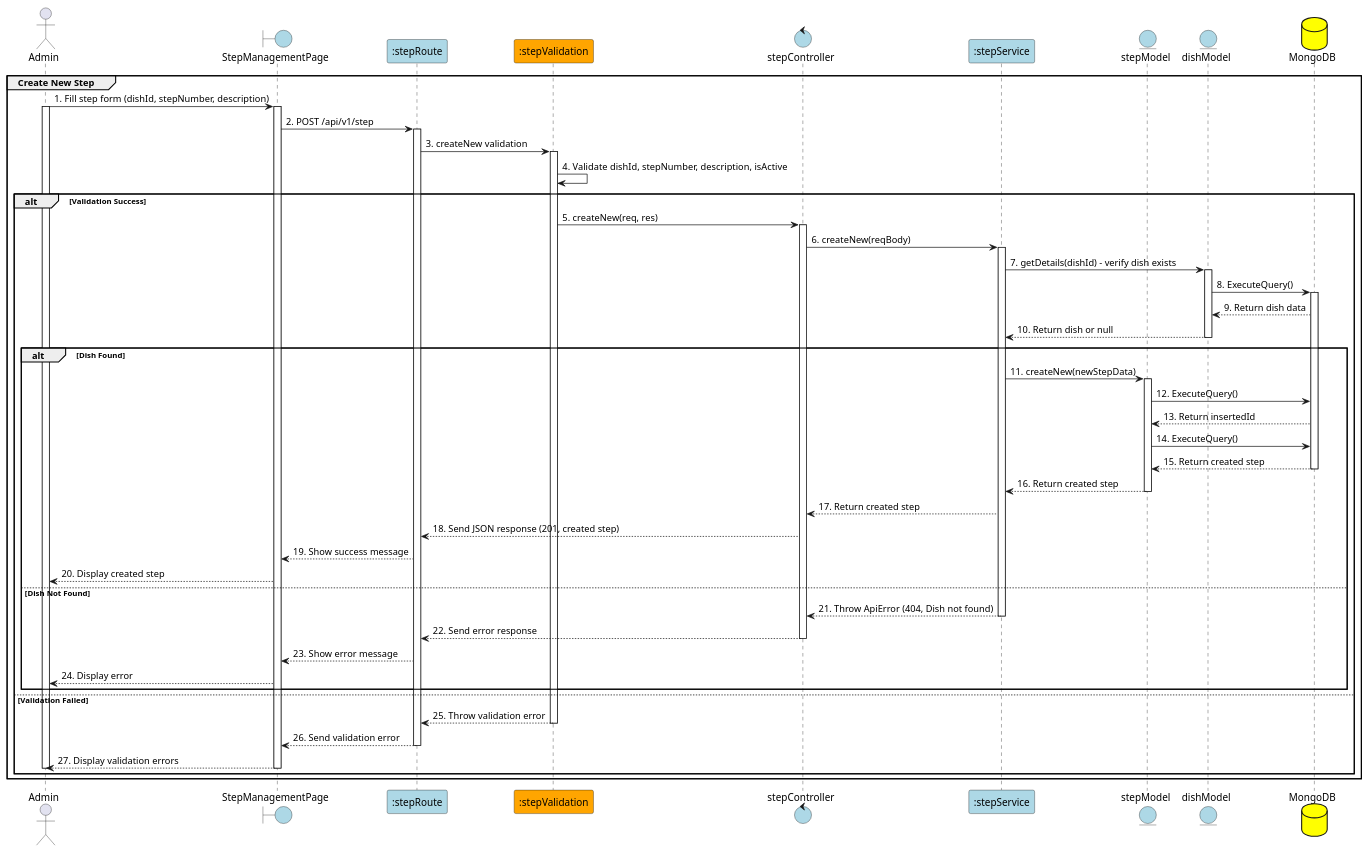
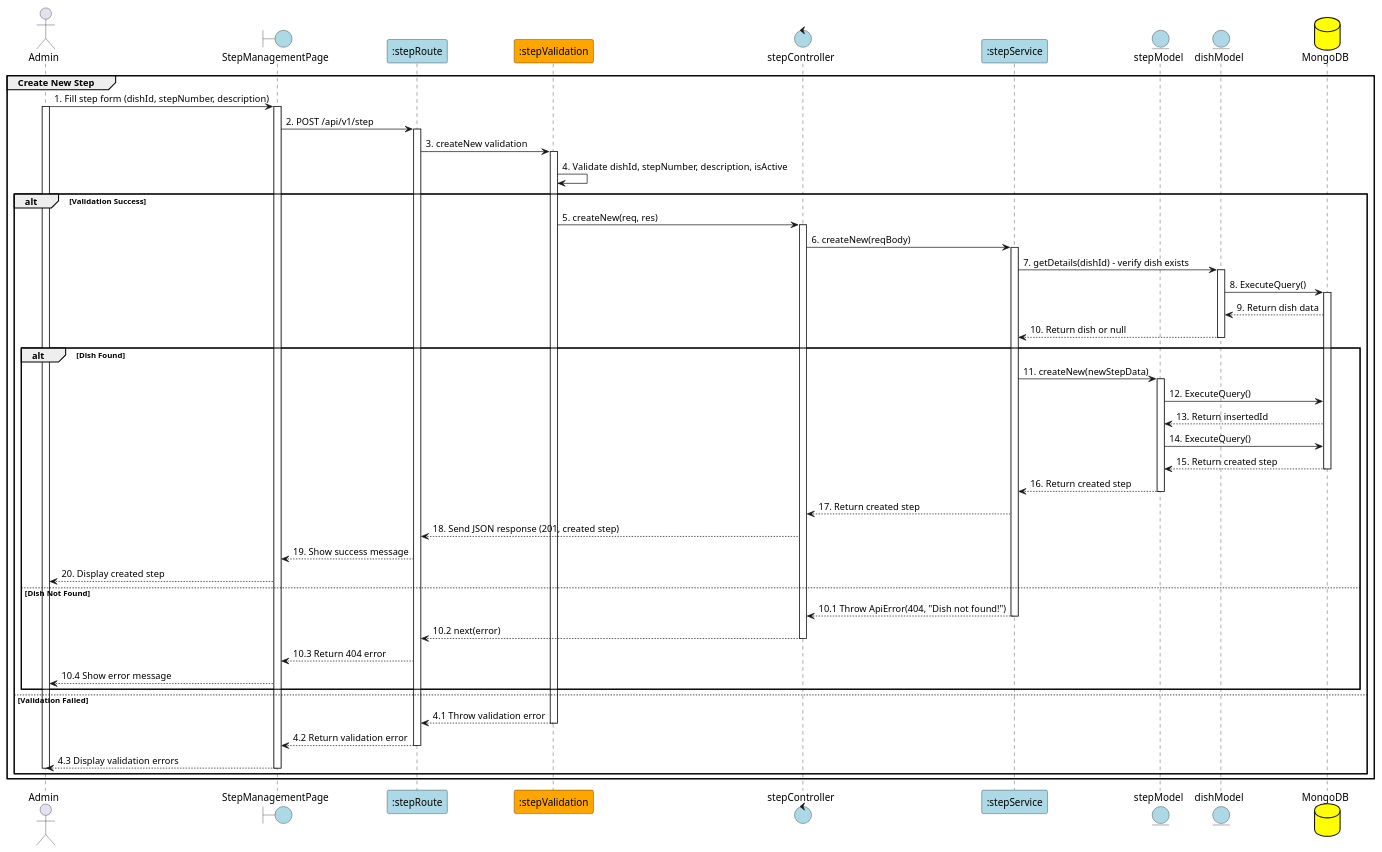
The diagram in PlanUML/30_CreateStep.puml (Aohkne/CaloCook), drawn with PlantUML before and after one commit. The commit also changed 6 other files, not shown here.

```diff
--- a/PlanUML/30_CreateStep.puml
+++ b/PlanUML/30_CreateStep.puml
@@ -1,92 +1,95 @@
 @startuml CreateStep
 
 actor "Admin" as Admin
 boundary "StepManagementPage" as View #lightblue
 participant ":stepRoute" as Route #lightblue
 participant ":stepValidation" as Validation #orange
 control "stepController" as Controller #lightblue
 participant ":stepService" as Service #lightblue
 entity "stepModel" as Model #lightblue
 entity "dishModel" as DishModel #lightblue
 database "MongoDB" as MongoDB #yellow
 
 group Create New Step
 Admin -> View: 1. Fill step form (dishId, stepNumber, description)
 activate Admin
 activate View
 
 View -> Route: 2. POST /api/v1/step
 activate Route
 
 Route -> Validation: 3. createNew validation
 activate Validation
 
 Validation -> Validation: 4. Validate dishId, stepNumber, description, isActive
+
 alt Validation Success
     Validation -> Controller: 5. createNew(req, res)
     activate Controller
 
     Controller -> Service: 6. createNew(reqBody)
     activate Service
 
     Service -> DishModel: 7. getDetails(dishId) - verify dish exists
     activate DishModel
     
     DishModel -> MongoDB: 8. ExecuteQuery()
     activate MongoDB
     
     MongoDB --> DishModel: 9. Return dish data
     
     DishModel --> Service: 10. Return dish or null
     deactivate DishModel
 
     alt Dish Found
         Service -> Model: 11. createNew(newStepData)
         activate Model
 
         Model -> MongoDB: 12. ExecuteQuery()
 
         MongoDB --> Model: 13. Return insertedId
 
         Model -> MongoDB: 14. ExecuteQuery()
 
         MongoDB --> Model: 15. Return created step
         deactivate MongoDB
 
         Model --> Service: 16. Return created step
         deactivate Model
 
         Service --> Controller: 17. Return created step
 
         Controller --> Route: 18. Send JSON response (201, created step)
 
         Route --> View: 19. Show success message
 
         View --> Admin: 20. Display created step
 
     else Dish Not Found
-        Service --> Controller: 21. Throw ApiError (404, Dish not found)
+        Service --> Controller: 10.1 Throw ApiError(404, "Dish not found!")
         deactivate Service
 
-        Controller --> Route: 22. Send error response
+        Controller --> Route: 10.2 next(error)
         deactivate Controller
 
-        Route --> View: 23. Show error message
-        View --> Admin: 24. Display error
+        Route --> View: 10.3 Return 404 error
+
+        View --> Admin: 10.4 Show error message
+
     end
 
 else Validation Failed
-    Validation --> Route: 25. Throw validation error
+    Validation --> Route: 4.1 Throw validation error
     deactivate Validation
 
-    Route --> View: 26. Send validation error
+    Route --> View: 4.2 Return validation error
     deactivate Route
 
-    View --> Admin: 27. Display validation errors
+    View --> Admin: 4.3 Display validation errors
     deactivate View
     deactivate Admin
+end
 
-end
 end
 
 @enduml
```
